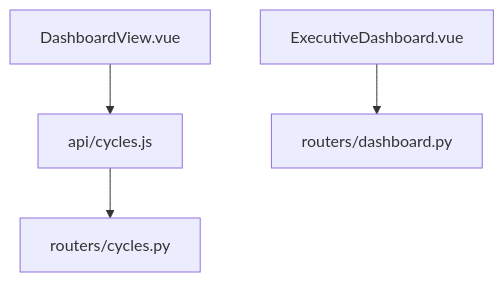
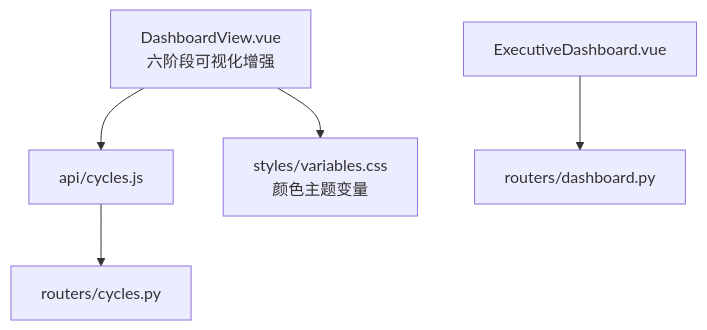
The ninth of 9 diagrams in .qoder/repowiki/zh/content/考核周期管理/进度监控与统计.md (xgd561/performance_evaluation_system), drawn with Mermaid before and after one commit. The commit also changed other lines of this file and 56 other files, not shown here.

````diff
--- a/.qoder/repowiki/zh/content/考核周期管理/进度监控与统计.md
+++ b/.qoder/repowiki/zh/content/考核周期管理/进度监控与统计.md
@@ -210,6 +275,7 @@
 ```mermaid
 graph TB
-DV["DashboardView.vue"] --> AC["api/cycles.js"]
+DV["DashboardView.vue<br/>六阶段可视化增强"] --> AC["api/cycles.js"]
 AC --> RC["routers/cycles.py"]
 EDV["ExecutiveDashboard.vue"] --> RD["routers/dashboard.py"]
+DV --> CSS["styles/variables.css<br/>颜色主题变量"]
 ```
````
